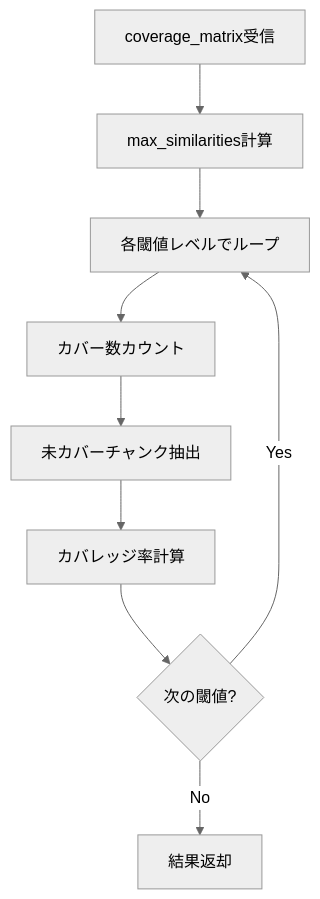
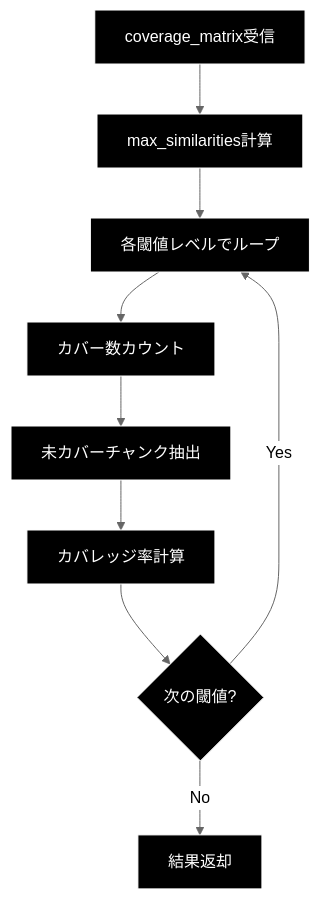
Before and after one commit to nakashima2toshio/ollama_grace_agent_v2: the third of 6 diagrams in qa_generation/doc/evaluation.md, drawn with Mermaid (neutral theme). The commit also changed other lines of this file and 7 other files, not shown here.

````diff
--- a/qa_generation/doc/evaluation.md
+++ b/qa_generation/doc/evaluation.md
@@ -164,11 +182,14 @@
 ```mermaid
 flowchart TD
     A[coverage_matrix受信] --> B[max_similarities計算]
     B --> C[各閾値レベルでループ]
     C --> D[カバー数カウント]
     D --> E[未カバーチャンク抽出]
     E --> F[カバレッジ率計算]
     F --> G{次の閾値?}
     G -->|Yes| C
     G -->|No| H[結果返却]
+classDef default fill:#000,stroke:#fff,color:#fff
+classDef subgraphStyle fill:#1a1a1a,stroke:#fff,color:#fff
+class A,B,C,D,E,F,G,H default
 ```
````
